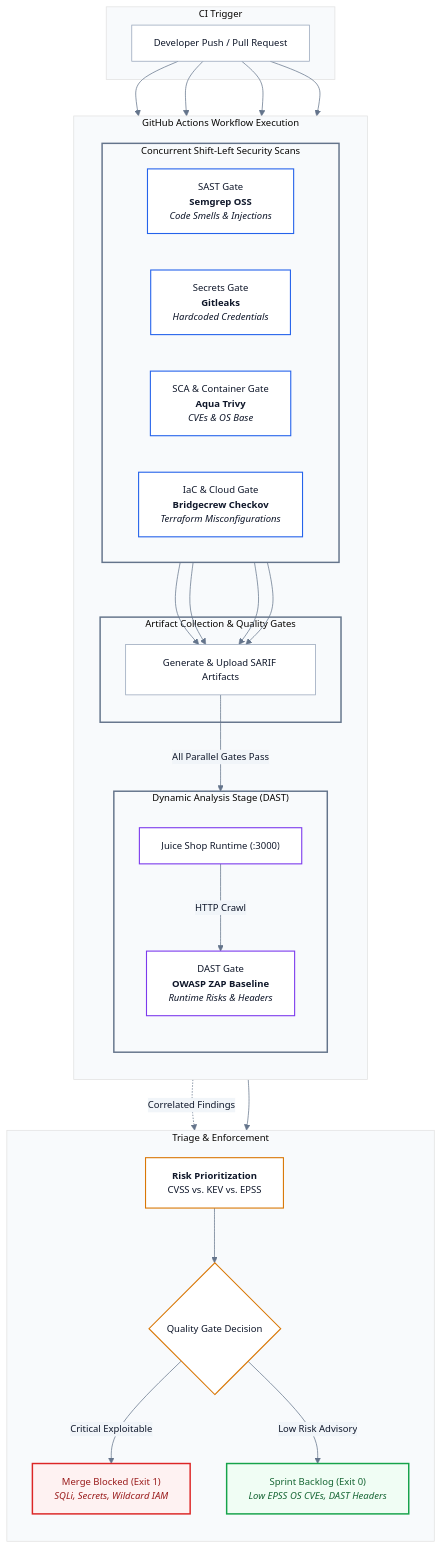
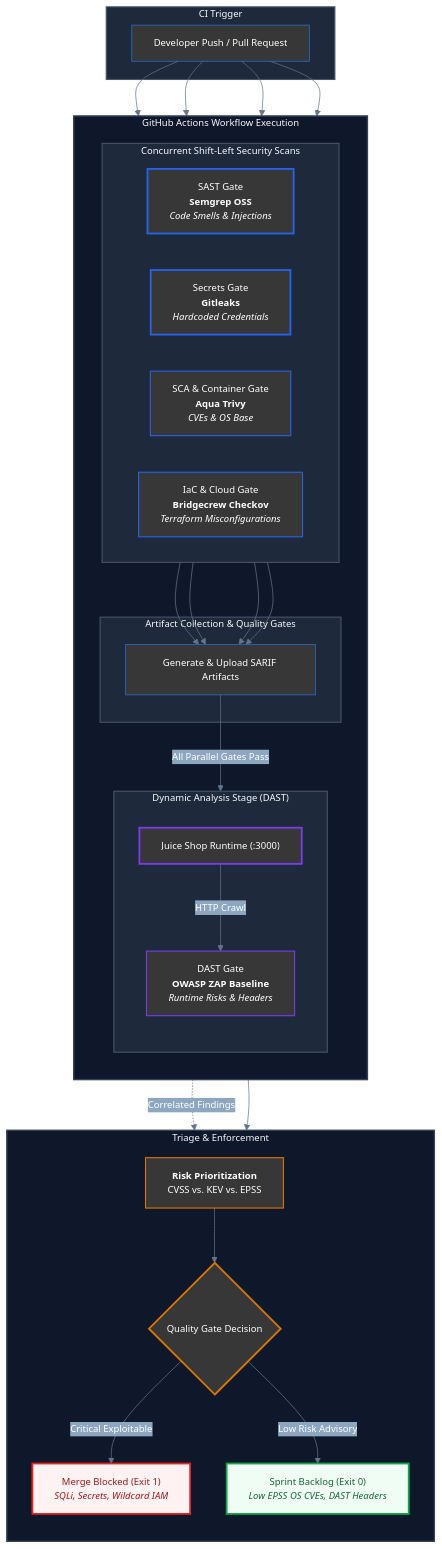
The diagram in README.md (martinngreco/appsec-pipeline), drawn with Mermaid before and after one commit. The commit also changed 1 other file, not shown here.

Commit message:
style: refine Mermaid diagram dark theme and finalize Trivy container scan

````diff
--- a/README.md
+++ b/README.md
@@ -14,11 +14,11 @@
 %%{init: {
   'theme': 'base',
   'themeVariables': {
-    'primaryColor': '#ffffff',
-    'primaryTextColor': '#0f172a',
-    'primaryBorderColor': '#94a3b8',
+    'primaryColor': '#383737',
+    'primaryTextColor': '#ffffff',
+    'primaryBorderColor': '#2871d6',
     'lineColor': '#64748b',
-    'secondaryColor': '#f1f5f9',
+    'secondaryColor': '#8da7c1',
     'tertiaryColor': '#f8fafc',
     'fontFamily': 'Inter, system-ui, sans-serif',
     'fontSize': '13px'
@@ -79,17 +79,25 @@
     end
 
     %% Styles & Accents
-    style SAST fill:#ffffff,stroke:#2563eb,stroke-width:1.5px,color:#0f172a
-    style SECRETS fill:#ffffff,stroke:#2563eb,stroke-width:1.5px,color:#0f172a
-    style SCA fill:#ffffff,stroke:#2563eb,stroke-width:1.5px,color:#0f172a
-    style IAC fill:#ffffff,stroke:#2563eb,stroke-width:1.5px,color:#0f172a
-    style ZAP fill:#ffffff,stroke:#7c3aed,stroke-width:1.5px,color:#0f172a
-    style Container fill:#ffffff,stroke:#7c3aed,stroke-width:1.5px,color:#0f172a
-    style Priority fill:#ffffff,stroke:#d97706,stroke-width:1.5px,color:#0f172a
-    style GateAction fill:#ffffff,stroke:#d97706,stroke-width:1.5px,color:#0f172a
-    style Block fill:#fef2f2,stroke:#dc2626,stroke-width:2px,color:#991b1b
-    style Pass fill:#f0fdf4,stroke:#16a34a,stroke-width:2px,color:#166534
-    style ParallelGates stroke:#64748b,stroke-width:2px
-    style Aggregation stroke:#64748b,stroke-width:2px
-    style DASTStage stroke:#64748b,stroke-width:2px
+    style SAST fill:#383737,stroke:#2563eb,stroke-width:2.5px,color:#ffffff
+    style SECRETS fill:#383737,stroke:#2563eb,stroke-width:2.5px,color:#ffffff
+    style SCA fill:#383737,stroke:#2563eb,stroke-width:1.5px,color:#ffffff
+    style IAC fill:#383737,stroke:#2563eb,stroke-width:1.5px,color:#ffffff
+    style ZAP fill:#383737,stroke:#7c3aed,stroke-width:1.5px,color:#ffffff
+    style Container fill:#383737,stroke:#7c3aed,stroke-width:2.5px,color:#ffffff
+    style Priority fill:#383737,stroke:#d97706,stroke-width:1.5px,color:#ffffff
+    style GateAction fill:#383737,stroke:#d97706,stroke-width:2.5px,color:#ffffff
+    style Block fill:#fef2f2,stroke:#dc2626,stroke-width:2.5px,color:#991b1b
+    style Pass fill:#f0fdf4,stroke:#16a34a,stroke-width:2.5px,color:#166534
+    style ParallelGates stroke:#64748b,stroke-width:2.5px
+    style Aggregation stroke:#64748b,stroke-width:2.5px
+    style DASTStage stroke:#64748b,stroke-width:2.5px
+
+    %% Subgraph Background & Border Styles (Gris elegante uniforme)
+    style Trigger fill:#1e293b,stroke:#475569,stroke-width:1.5px,color:#f8fafc
+    style CI fill:#0f172a,stroke:#334155,stroke-width:2px,color:#f8fafc
+    style ParallelGates fill:#1e293b,stroke:#475569,stroke-width:1.5px,color:#f8fafc
+    style Aggregation fill:#1e293b,stroke:#475569,stroke-width:1.5px,color:#f8fafc
+    style DASTStage fill:#1e293b,stroke:#475569,stroke-width:1.5px,color:#f8fafc
+    style Remediation fill:#0f172a,stroke:#334155,stroke-width:2px,color:#f8fafc
 ```
````
